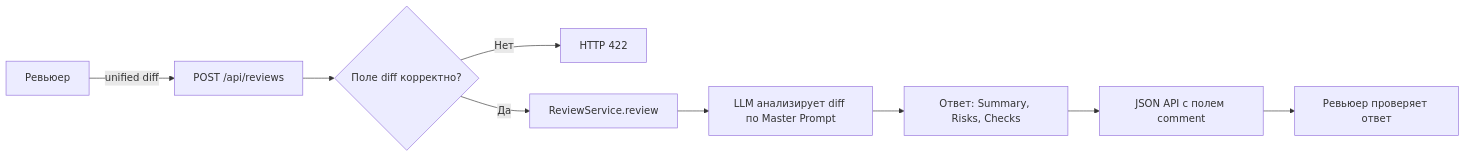
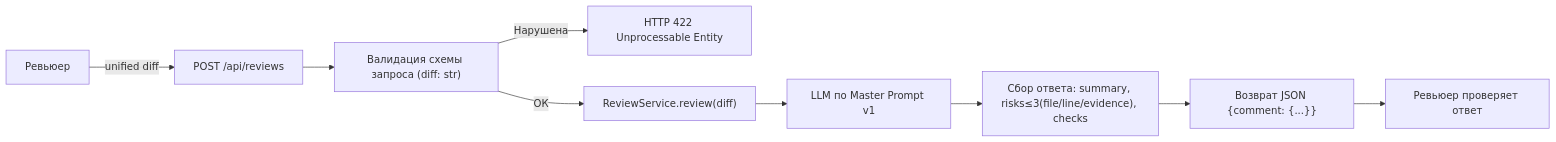
The diagram in practices/practice_01/analysis.md (kSannux/ITMOv2), drawn with Mermaid before and after one commit. The commit also changed other lines of this file and 7 other files, not shown here.

````diff
--- a/practices/practice_01/analysis.md
+++ b/practices/practice_01/analysis.md
@@ -26,11 +42,11 @@
 ```mermaid
 flowchart LR
     A["Ревьюер"] -->|"unified diff"| B["POST /api/reviews"]
-    B --> C{"Поле diff корректно?"}
-    C -->|"Нет"| E["HTTP 422"]
-    C -->|"Да"| F["ReviewService.review"]
-    F --> G["LLM анализирует diff по Master Prompt"]
-    G --> H["Ответ: Summary, Risks, Checks"]
-    H --> I["JSON API с полем comment"]
+    B --> V["Валидация схемы запроса (diff: str)"]
+    V -->|"Нарушена"| E["HTTP 422 Unprocessable Entity"]
+    V -->|"ОК"| F["ReviewService.review(diff)"]
+    F --> G["LLM по Master Prompt v1"]
+    G --> H["Сбор ответа: summary, risks≤3(file/line/evidence), checks"]
+    H --> I["Возврат JSON {comment: {...}}"]
     I --> J["Ревьюер проверяет ответ"]
 ```
````
